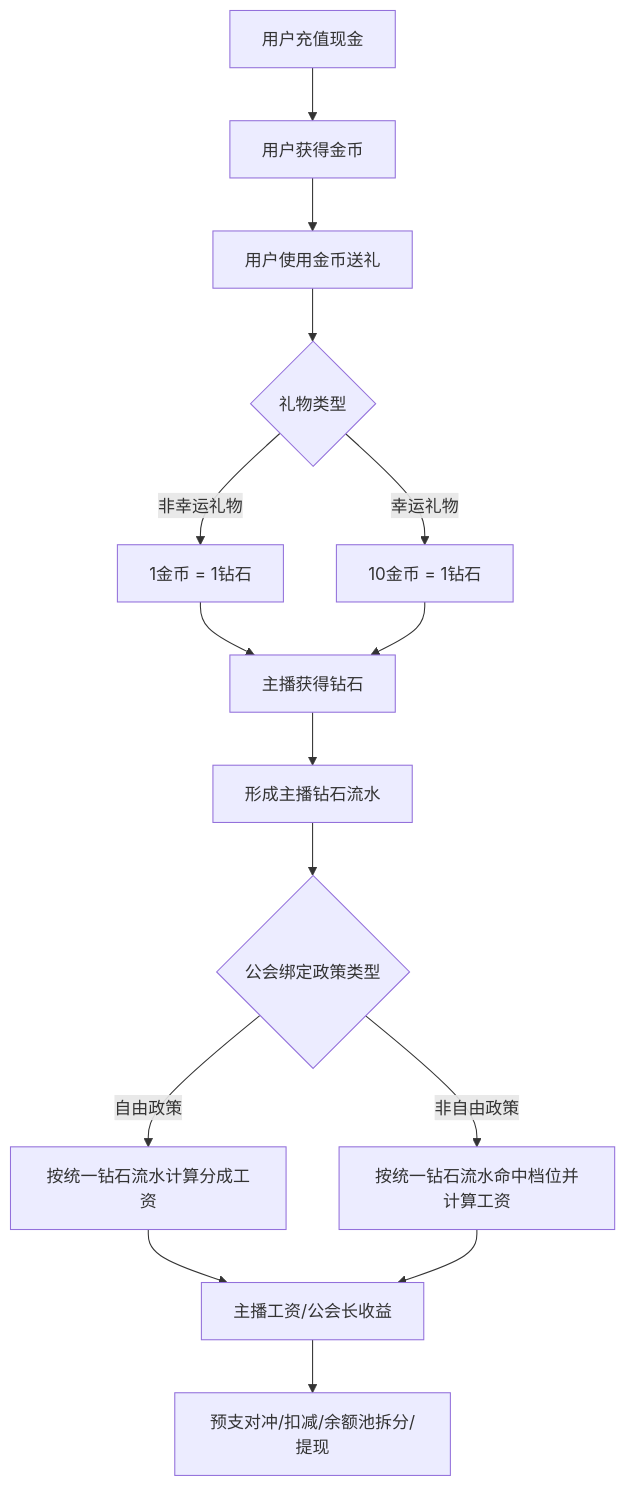
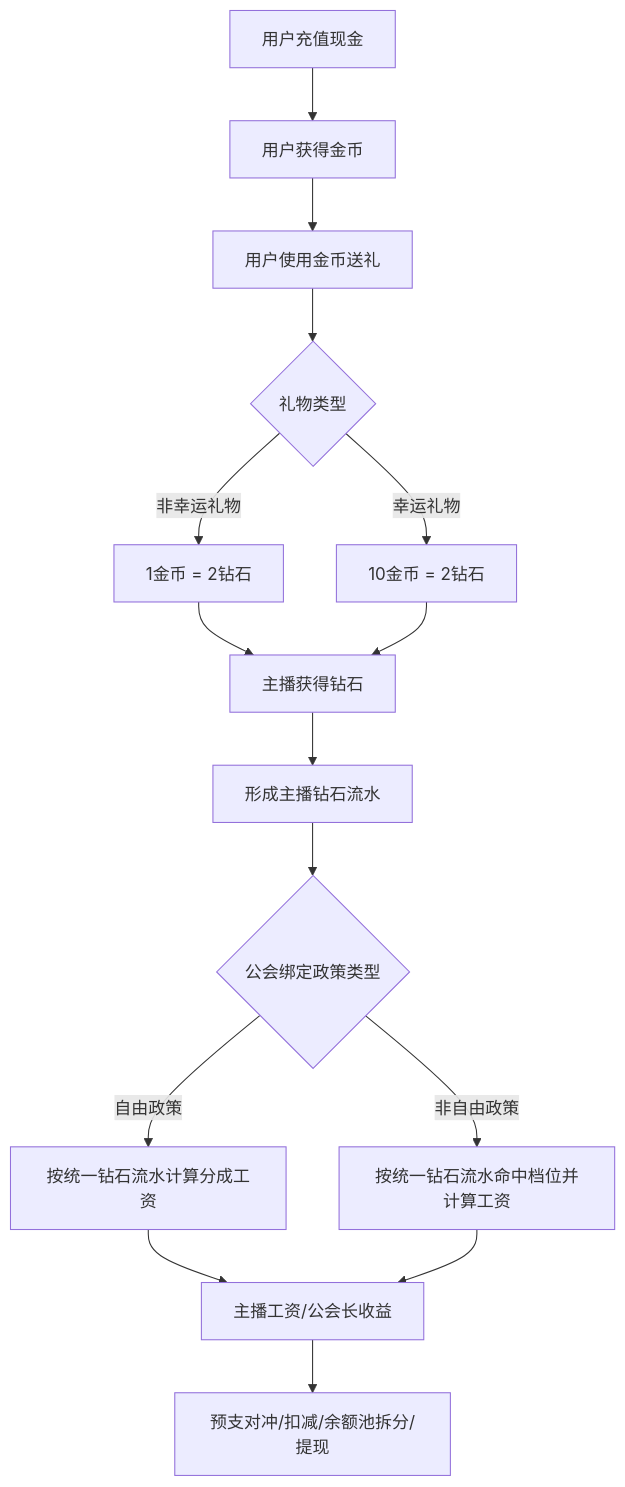
Before and after one commit to kocekid/TALO-Guild-Policy-Requirements: the second of 13 diagrams in TALO公会政策_客户端后台需求文档PRD.md, drawn with Mermaid. The commit also changed other lines of this file and 18 other files, not shown here.

Commit message:
更新TALO公会政策PRD与原型图

````diff
--- a/TALO公会政策_客户端后台需求文档PRD.md
+++ b/TALO公会政策_客户端后台需求文档PRD.md
@@ -111,17 +102,17 @@
 ```mermaid
 flowchart TD
     A[用户充值现金] --> B[用户获得金币]
     B --> C[用户使用金币送礼]
     C --> D{礼物类型}
-    D -->|非幸运礼物| E[1金币 = 1钻石]
-    D -->|幸运礼物| F[10金币 = 1钻石]
+    D -->|非幸运礼物| E[1金币 = 2钻石]
+    D -->|幸运礼物| F[10金币 = 2钻石]
     E --> G[主播获得钻石]
     F --> G
     G --> H[形成主播钻石流水]
     H --> I{公会绑定政策类型}
     I -->|自由政策| J[按统一钻石流水计算分成工资]
     I -->|非自由政策| K[按统一钻石流水命中档位并计算工资]
     J --> L[主播工资/公会长收益]
     K --> L
     L --> M[预支对冲/扣减/余额池拆分/提现]
 ```
````
